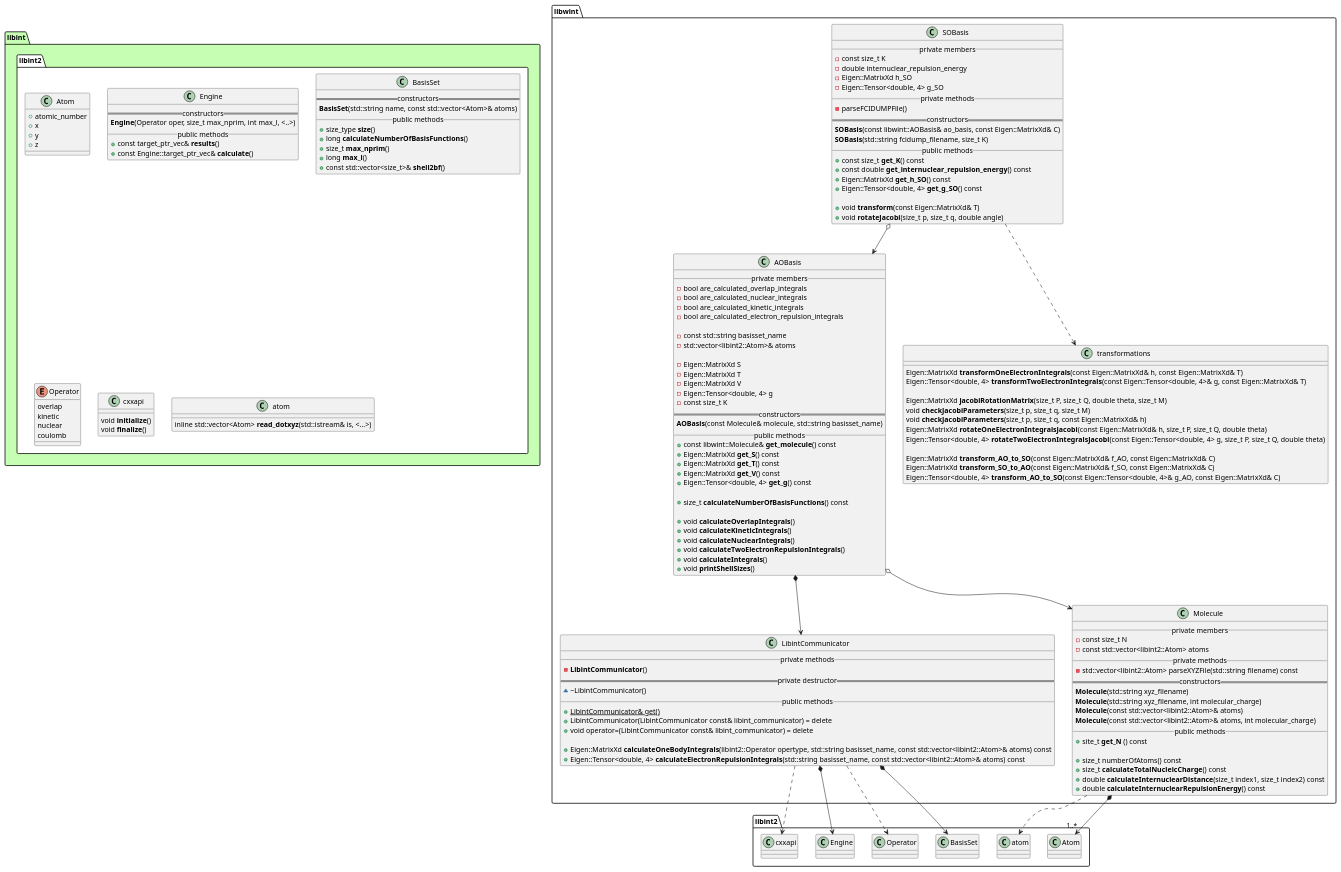
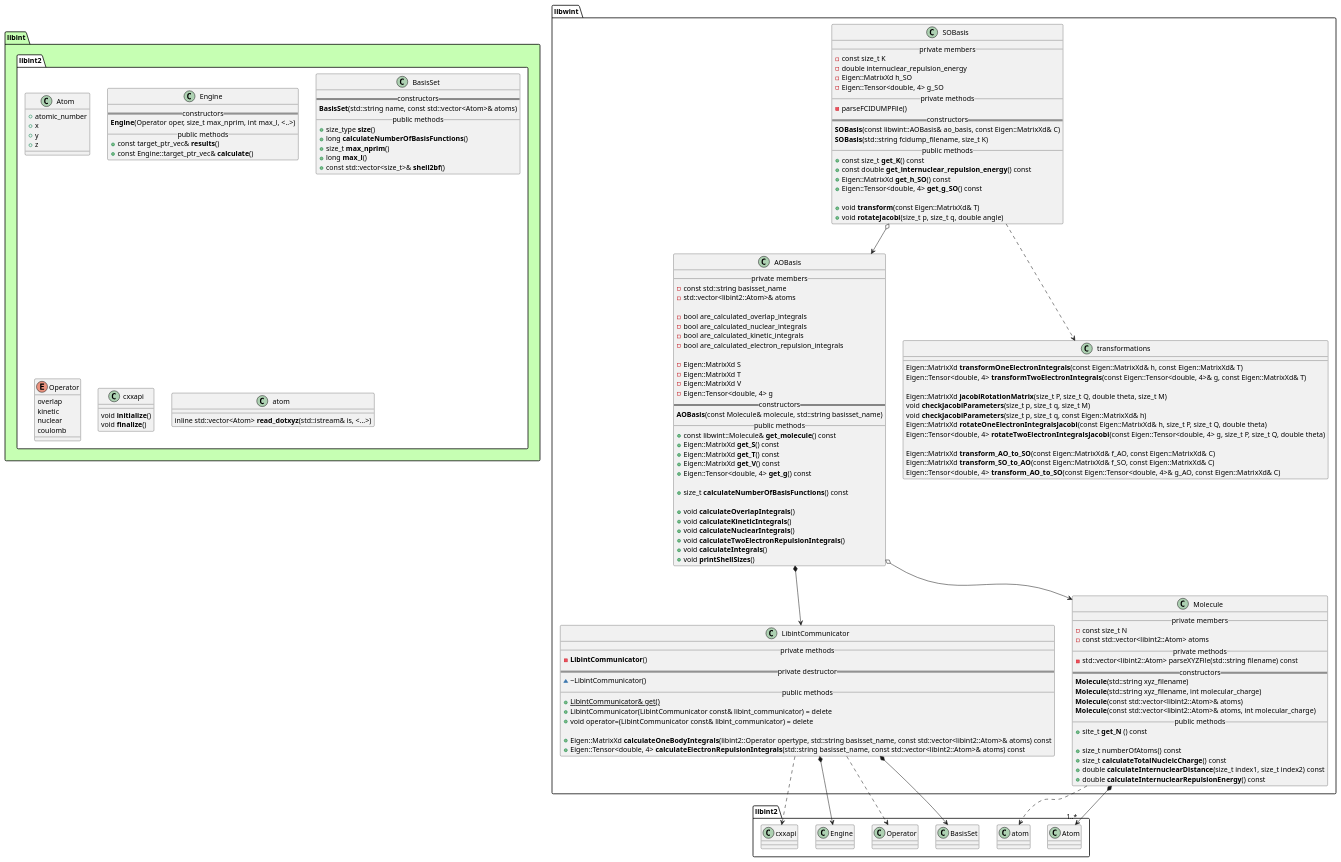
One commit to tmhuysen/libwint changed the diagram in docs/libwint.puml. Above: the diagram before and after it, drawn with PlantUML. The commit also changed 3 other files, not shown here.

```diff
--- a/docs/libwint.puml
+++ b/docs/libwint.puml
@@ -1,184 +1,183 @@
 @startuml
 
 
 
 package libint #c6ffb3 {
     namespace libint2 #ffffff {
         class Atom {
             + atomic_number
             + x
             + y
             + z
         }
 
         class Engine {
             == constructors ==
                 **Engine**(Operator oper, size_t max_nprim, int max_l, <..>)
             __ public methods __
                 + const target_ptr_vec& **results**()
                 + const Engine::target_ptr_vec& **calculate**()
         }
 
         class BasisSet {
             == constructors ==
                 **BasisSet**(std::string name, const std::vector<Atom>& atoms)
             __ public methods __
                 + size_type **size**()
                 + long **calculateNumberOfBasisFunctions**()
                 + size_t **max_nprim**()
                 + long **max_l**()
                 + const std::vector<size_t>& **shell2bf**()
         }
 
         enum Operator {
             overlap
             kinetic
             nuclear
             coulomb
         }
 
         class cxxapi {
                 void **initialize**()
                 void **finalize**()
         }
 
         class atom {
             inline std::vector<Atom> **read_dotxyz**(std::istream& is, <...>)
         }
     }
 }
 
 
 
 
 namespace libwint {
 
     class AOBasis {
         __ private members __
+            - const std::string basisset_name
+            - std::vector<libint2::Atom>& atoms
+
             - bool are_calculated_overlap_integrals
             - bool are_calculated_nuclear_integrals
             - bool are_calculated_kinetic_integrals
             - bool are_calculated_electron_repulsion_integrals
 
-            - const std::string basisset_name
-            - std::vector<libint2::Atom>& atoms
-
             - Eigen::MatrixXd S
             - Eigen::MatrixXd T
             - Eigen::MatrixXd V
             - Eigen::Tensor<double, 4> g
-            - const size_t K
         == constructors ==
             **AOBasis**(const Molecule& molecule, std::string basisset_name)
         __ public methods __
             + const libwint::Molecule& **get_molecule**() const
             + Eigen::MatrixXd **get_S**() const
             + Eigen::MatrixXd **get_T**() const
             + Eigen::MatrixXd **get_V**() const
             + Eigen::Tensor<double, 4> **get_g**() const
 
             + size_t **calculateNumberOfBasisFunctions**() const
 
             + void **calculateOverlapIntegrals**()
             + void **calculateKineticIntegrals**()
             + void **calculateNuclearIntegrals**()
             + void **calculateTwoElectronRepulsionIntegrals**()
             + void **calculateIntegrals**()
             + void **printShellSizes**()
     }
 
 
     class SOBasis {
         __ private members __
             - const size_t K
             - double internuclear_repulsion_energy
             - Eigen::MatrixXd h_SO
             - Eigen::Tensor<double, 4> g_SO
         __ private methods __
             - parseFCIDUMPFile()
         == constructors ==
             **SOBasis**(const libwint::AOBasis& ao_basis, const Eigen::MatrixXd& C)
             **SOBasis**(std::string fcidump_filename, size_t K)
         __ public methods __
             + const size_t **get_K**() const
             + const double **get_internuclear_repulsion_energy**() const
             + Eigen::MatrixXd **get_h_SO**() const
             + Eigen::Tensor<double, 4> **get_g_SO**() const
 
             + void **transform**(const Eigen::MatrixXd& T)
             + void **rotateJacobi**(size_t p, size_t q, double angle)
     }
 
 
     class transformations {
             Eigen::MatrixXd **transformOneElectronIntegrals**(const Eigen::MatrixXd& h, const Eigen::MatrixXd& T)
             Eigen::Tensor<double, 4> **transformTwoElectronIntegrals**(const Eigen::Tensor<double, 4>& g, const Eigen::MatrixXd& T)
 
             Eigen::MatrixXd **jacobiRotationMatrix**(size_t P, size_t Q, double theta, size_t M)
             void **checkJacobiParameters**(size_t p, size_t q, size_t M)
             void **checkJacobiParameters**(size_t p, size_t q, const Eigen::MatrixXd& h)
             Eigen::MatrixXd **rotateOneElectronIntegralsJacobi**(const Eigen::MatrixXd& h, size_t P, size_t Q, double theta)
             Eigen::Tensor<double, 4> **rotateTwoElectronIntegralsJacobi**(const Eigen::Tensor<double, 4> g, size_t P, size_t Q, double theta)
 
             Eigen::MatrixXd **transform_AO_to_SO**(const Eigen::MatrixXd& f_AO, const Eigen::MatrixXd& C)
             Eigen::MatrixXd **transform_SO_to_AO**(const Eigen::MatrixXd& f_SO, const Eigen::MatrixXd& C)
             Eigen::Tensor<double, 4> **transform_AO_to_SO**(const Eigen::Tensor<double, 4>& g_AO, const Eigen::MatrixXd& C)
 
     }
 
 
     class LibintCommunicator {
         __ private methods __
             - **LibintCommunicator**()
         == private destructor ==
             ~ ~LibintCommunicator()
         __ public methods __
             + {static} LibintCommunicator& get()
             + LibintCommunicator(LibintCommunicator const& libint_communicator) = delete
             + void operator=(LibintCommunicator const& libint_communicator) = delete
 
             + Eigen::MatrixXd **calculateOneBodyIntegrals**(libint2::Operator opertype, std::string basisset_name, const std::vector<libint2::Atom>& atoms) const
             + Eigen::Tensor<double, 4> **calculateElectronRepulsionIntegrals**(std::string basisset_name, const std::vector<libint2::Atom>& atoms) const
     }
 
 
     class Molecule {
         __ private members __
             - const size_t N
             - const std::vector<libint2::Atom> atoms
         __ private methods __
             - std::vector<libint2::Atom> parseXYZFile(std::string filename) const
         == constructors ==
             **Molecule**(std::string xyz_filename)
             **Molecule**(std::string xyz_filename, int molecular_charge)
             **Molecule**(const std::vector<libint2::Atom>& atoms)
             **Molecule**(const std::vector<libint2::Atom>& atoms, int molecular_charge)
         __ public methods __
             + site_t **get_N** () const
 
             + size_t numberOfAtoms() const
             + size_t **calculateTotalNucleicCharge**() const
             + double **calculateInternuclearDistance**(size_t index1, size_t index2) const
             + double **calculateInternuclearRepulsionEnergy**() const
     }
 
 }
 
 
 
 libwint.AOBasis o--> libwint.Molecule
 libwint.AOBasis *--> libwint.LibintCommunicator
 
 libwint.LibintCommunicator *--> libint2.BasisSet
 libwint.LibintCommunicator ..> libint2.Operator
 libwint.LibintCommunicator *--> libint2.Engine
 libwint.LibintCommunicator ..> libint2.cxxapi
 
 libwint.Molecule *--> "1..*" libint2.Atom
 libwint.Molecule ..> libint2.atom
 
 libwint.SOBasis ..> libwint.transformations
 libwint.SOBasis o--> libwint.AOBasis
 
 
 @enduml
```
